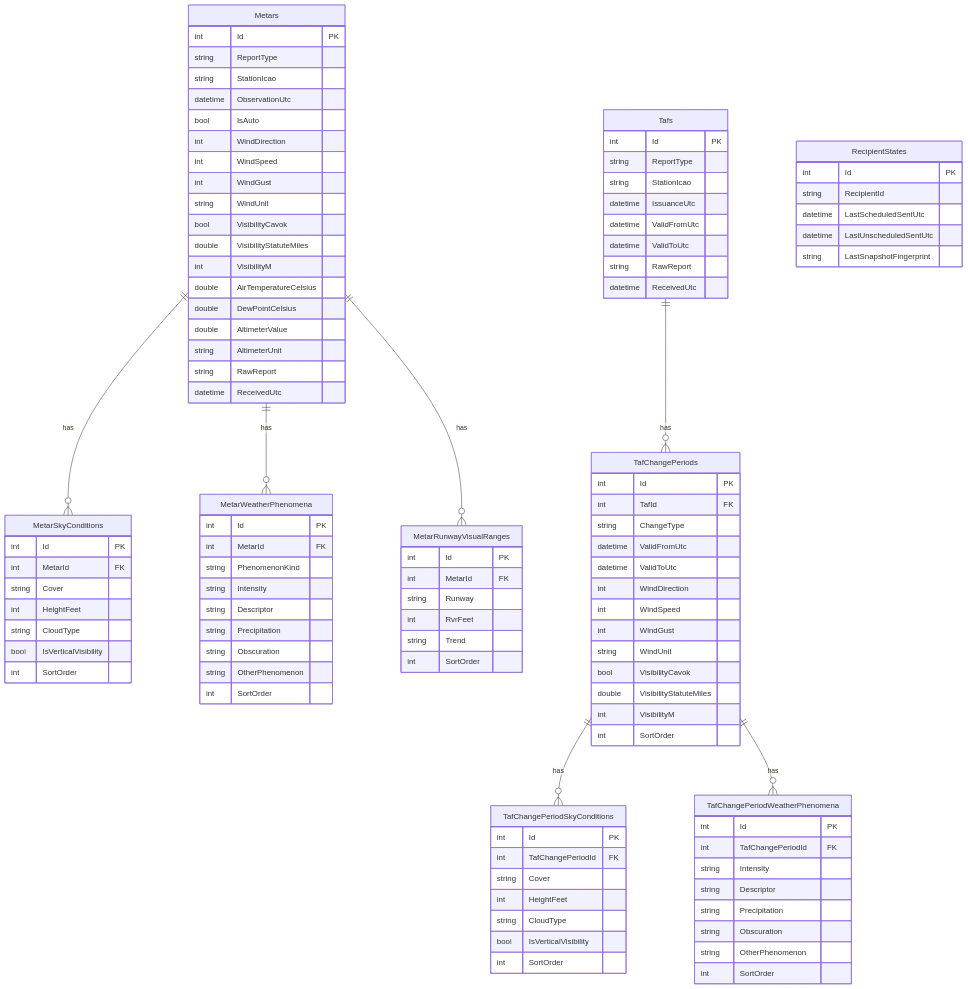
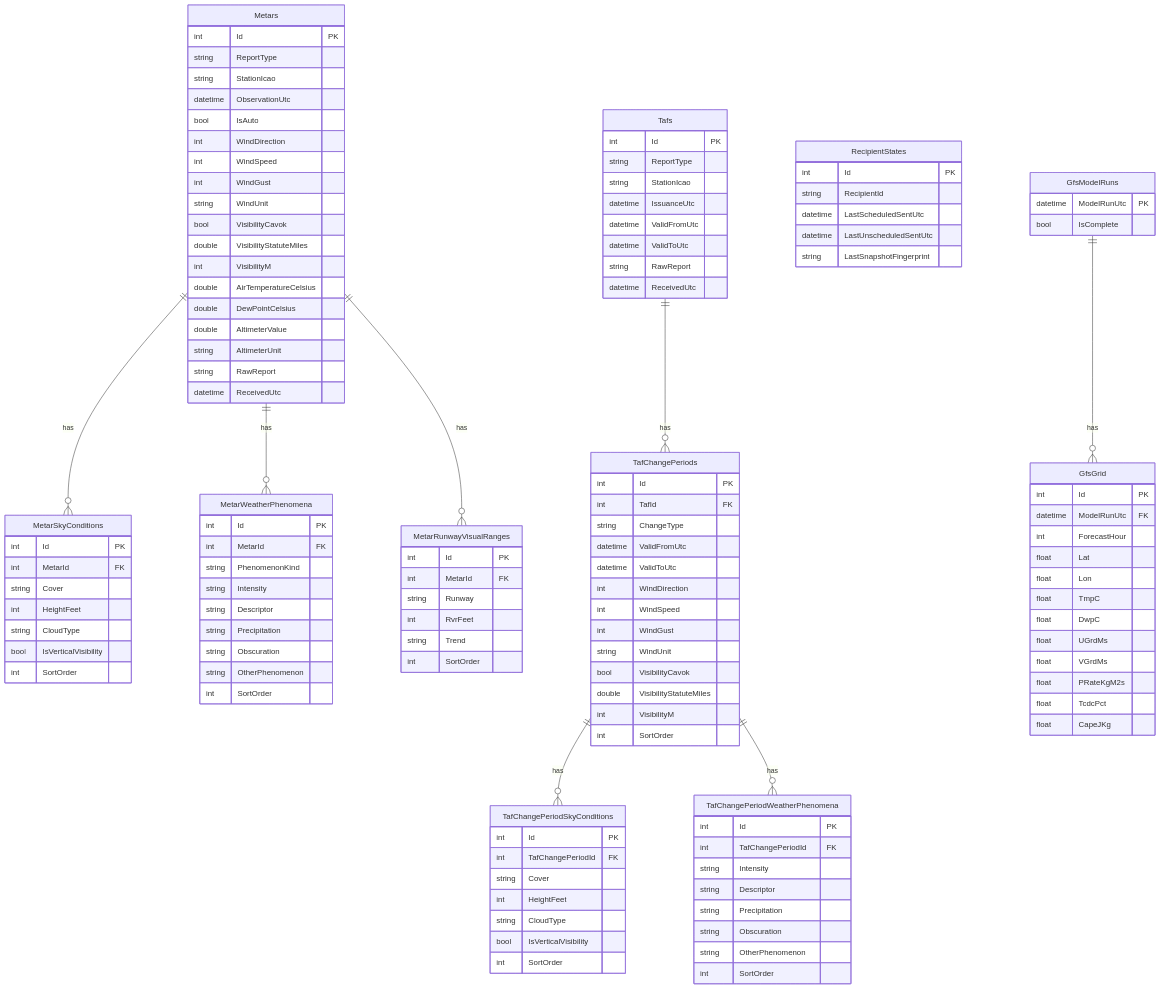
The eighth of 8 diagrams in WxServices/DESIGN.md (PaulHarder2/HarderWare), drawn with Mermaid before and after one commit. The commit also changed other lines of this file and 43 other files, not shown here.

````diff
--- a/WxServices/DESIGN.md
+++ b/WxServices/DESIGN.md
@@ -501,10 +588,31 @@
         string LastSnapshotFingerprint
     }
 
+    GfsModelRuns {
+        datetime ModelRunUtc PK
+        bool IsComplete
+    }
+
+    GfsGrid {
+        int Id PK
+        datetime ModelRunUtc FK
+        int ForecastHour
+        float Lat
+        float Lon
+        float TmpC
+        float DwpC
+        float UGrdMs
+        float VGrdMs
+        float PRateKgM2s
+        float TcdcPct
+        float CapeJKg
+    }
+
     Metars ||--o{ MetarSkyConditions : "has"
     Metars ||--o{ MetarWeatherPhenomena : "has"
     Metars ||--o{ MetarRunwayVisualRanges : "has"
     Tafs ||--o{ TafChangePeriods : "has"
     TafChangePeriods ||--o{ TafChangePeriodSkyConditions : "has"
     TafChangePeriods ||--o{ TafChangePeriodWeatherPhenomena : "has"
+    GfsModelRuns ||--o{ GfsGrid : "has"
 ```
````
